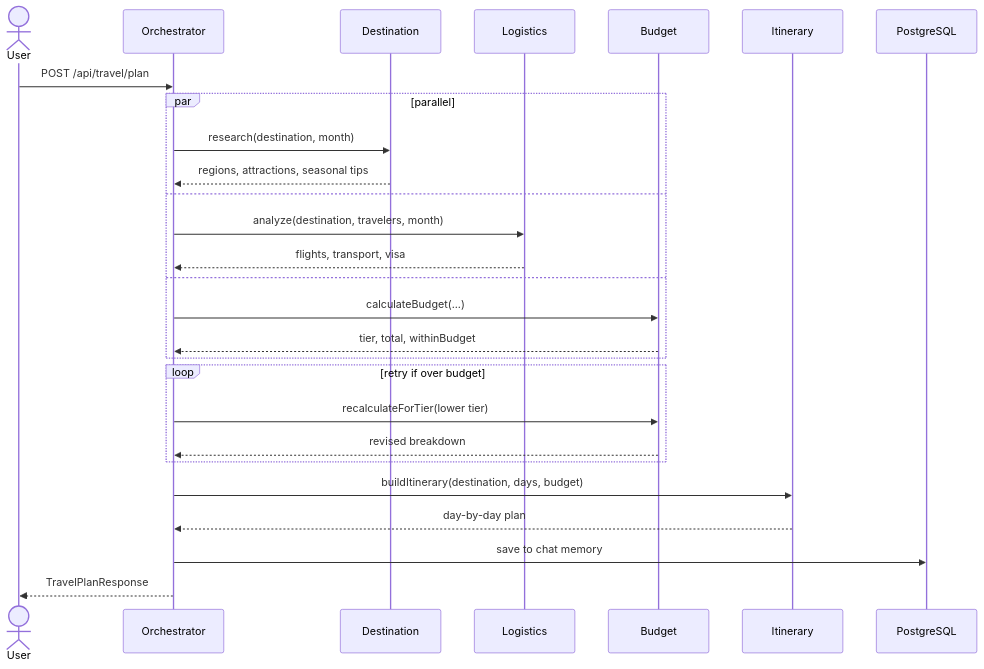
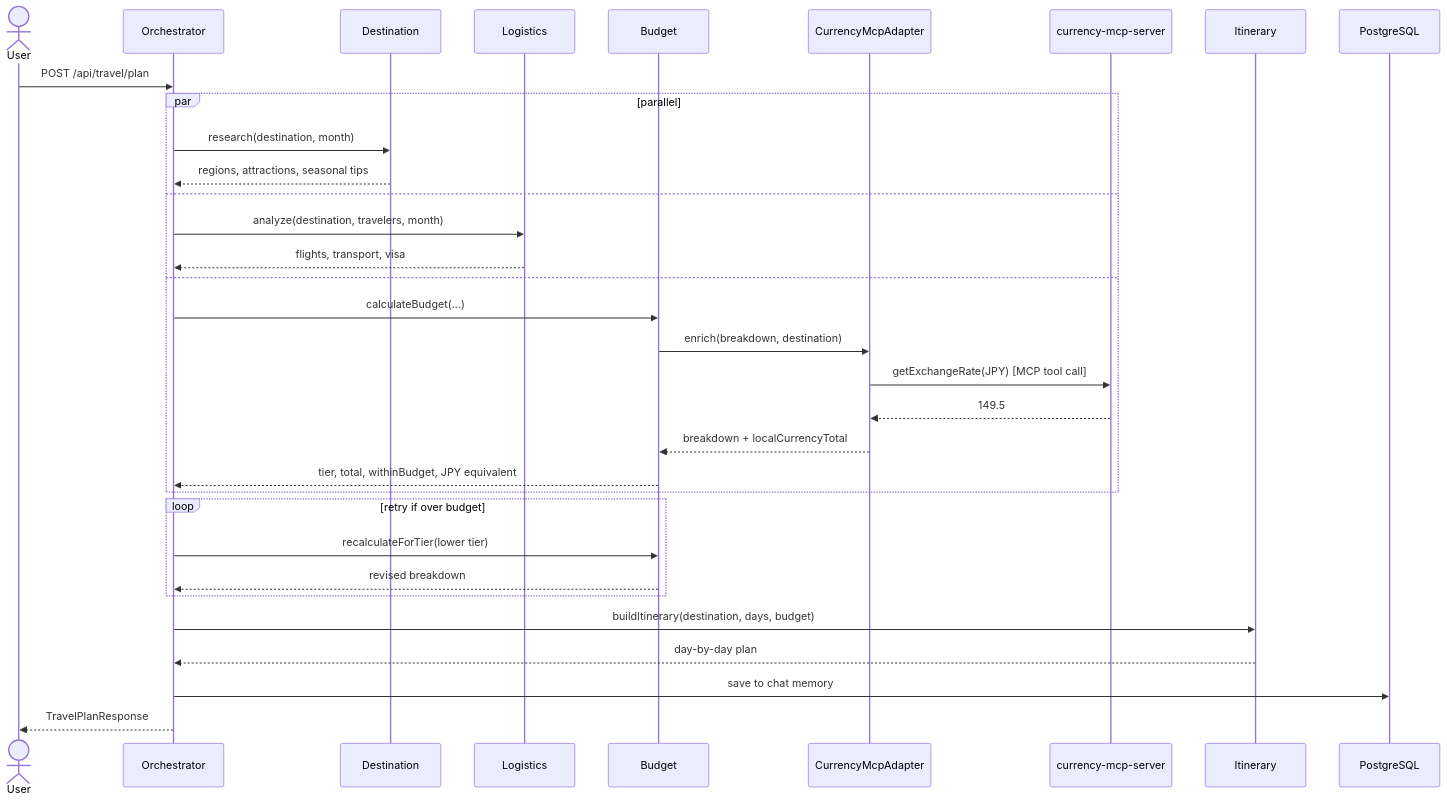
The diagram in README.md (venkykumar/springai-advanced-travel-planner), drawn with Mermaid before and after one commit. The commit also changed other lines of this file and 44 other files, not shown here.

Commit message:
Adding MCP Server for Currency Conversion

````diff
--- a/README.md
+++ b/README.md
@@ -26,34 +66,40 @@
 ```mermaid
 sequenceDiagram
     actor User
     participant O as Orchestrator
     participant D as Destination
     participant L as Logistics
     participant B as Budget
+    participant C as CurrencyMcpAdapter
+    participant MCP as currency-mcp-server
     participant I as Itinerary
     participant DB as PostgreSQL
 
     User->>O: POST /api/travel/plan
 
     par parallel
         O->>D: research(destination, month)
         D-->>O: regions, attractions, seasonal tips
     and
         O->>L: analyze(destination, travelers, month)
         L-->>O: flights, transport, visa
     and
         O->>B: calculateBudget(...)
-        B-->>O: tier, total, withinBudget
+        B->>C: enrich(breakdown, destination)
+        C->>MCP: getExchangeRate(JPY) [MCP tool call]
+        MCP-->>C: 149.5
+        C-->>B: breakdown + localCurrencyTotal
+        B-->>O: tier, total, withinBudget, JPY equivalent
     end
 
     loop retry if over budget
         O->>B: recalculateForTier(lower tier)
         B-->>O: revised breakdown
     end
 
     O->>I: buildItinerary(destination, days, budget)
     I-->>O: day-by-day plan
 
     O->>DB: save to chat memory
     O-->>User: TravelPlanResponse
 ```
````
